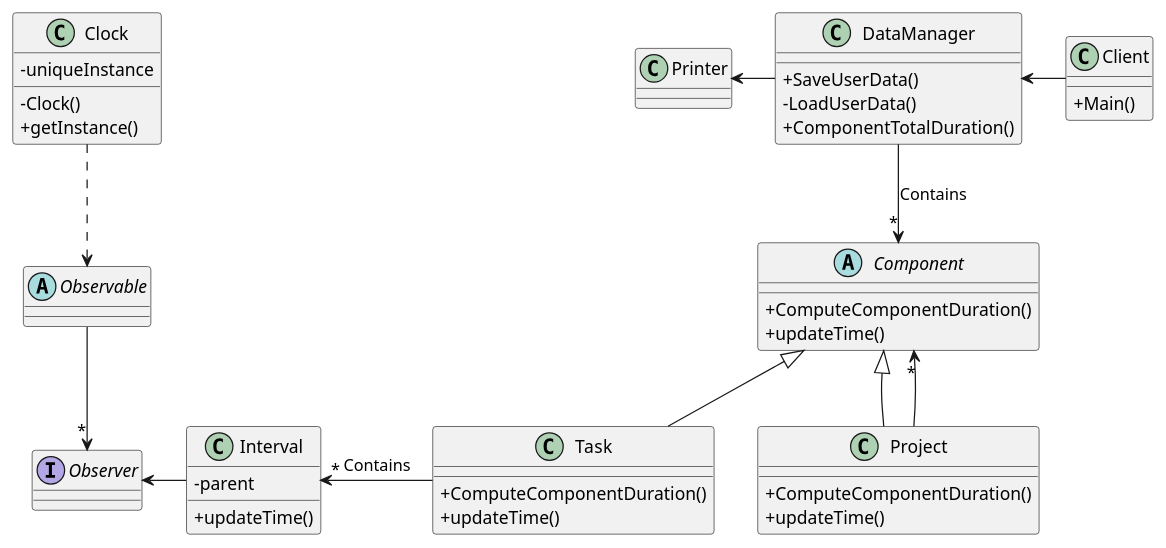
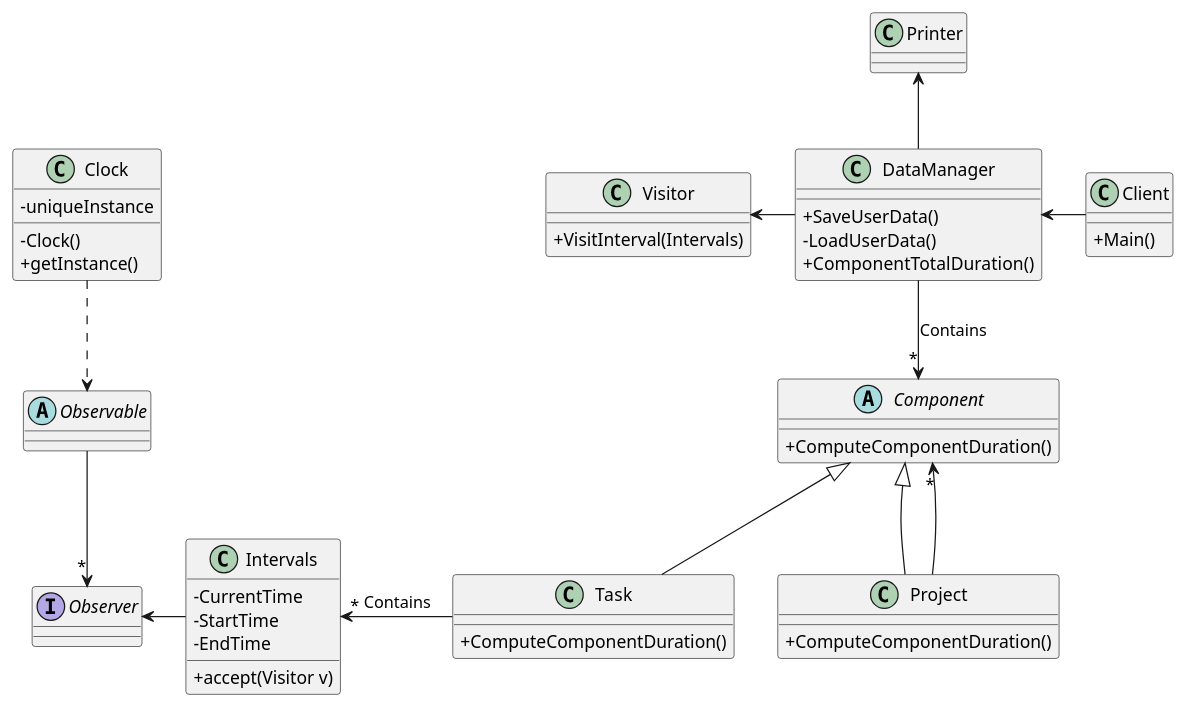
Before and after one commit to quimcamprubi/DS_Time_Tracker: the diagram in DSTimeTracker.puml, drawn with PlantUML.

Commit message:
Asco de diagrama

```diff
--- a/DSTimeTracker.puml
+++ b/DSTimeTracker.puml
@@ -1,62 +1,65 @@
 @startuml 
 
 skinparam classAttributeIconSize 0
 skinparam linetype polyline
 
 abstract class Component {
 + ComputeComponentDuration()
-+ updateTime()
 }
 
 class Project extends Component {
 + ComputeComponentDuration()
-+ updateTime()
 }
 
+class Visitor{
++VisitInterval(Intervals)
+}
 
 class Task extends Component {
 + ComputeComponentDuration()
-+ updateTime()
 }
 
-class Interval {
-- parent
-+ updateTime()
+class Intervals {
+-CurrentTime
+-StartTime
+-EndTime
++accept(Visitor v)
 }
 
 Interface Observer{
 }
 
 abstract class Observable {
 }
 
 class Clock {
 - uniqueInstance
 - Clock()
 + getInstance()
 }
 
 class Client{
 + Main()
 }
 
 class DataManager{  
 + SaveUserData()
 - LoadUserData()
 + ComponentTotalDuration()
 }
 
 Class Printer{
 }
 
+Visitor <-right- DataManager
 DataManager -down-> "*" Component: Contains
 Project --> "*" Component
 Client -left-> DataManager
-Task -left-> "*" Interval:Contains
+Task -left-> "*" Intervals:Contains
 Clock .down.> Observable
 Observable -Down-> "*" Observer
-Interval -left-> Observer
-DataManager -left-> Printer
+Intervals -left-> Observer
+DataManager -up-> Printer
 Task -[hidden]right-> Project
 
 @enduml
```
